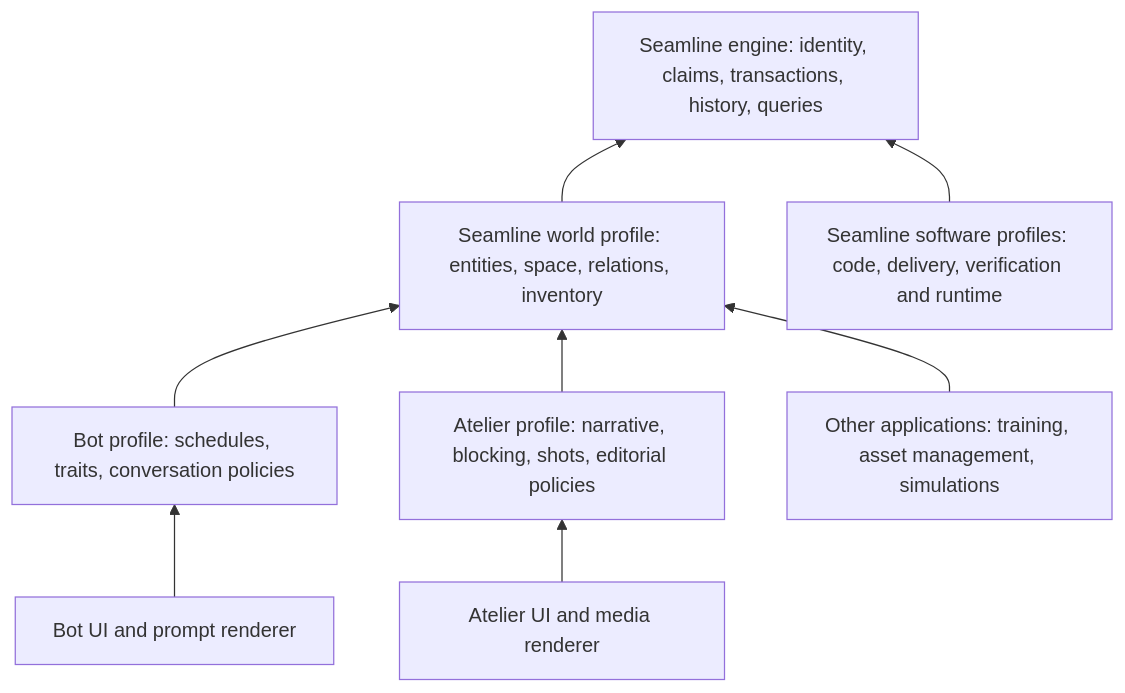
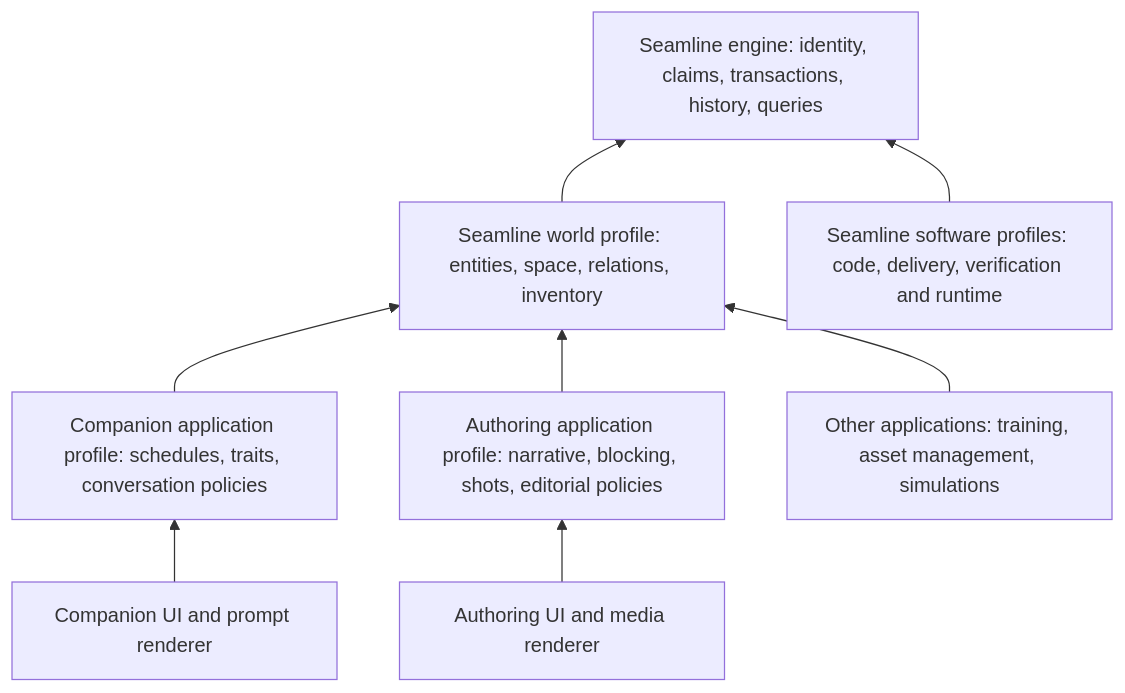
The diagram in docs/design/atelier-composition/design.md (zylver-solutions/seamline), drawn with Mermaid before and after one commit. The commit also changed other lines of this file and 124 other files, not shown here.

````diff
--- a/docs/design/atelier-composition/design.md
+++ b/docs/design/atelier-composition/design.md
@@ -13,18 +13,18 @@
 ```mermaid
 flowchart BT
   E[Seamline engine: identity, claims, transactions, history, queries]
   W[Seamline world profile: entities, space, relations, inventory]
   C[Seamline software profiles: code, delivery, verification and runtime]
-  B[Bot profile: schedules, traits, conversation policies]
-  A[Atelier profile: narrative, blocking, shots, editorial policies]
+  B[Companion application profile: schedules, traits, conversation policies]
+  A[Authoring application profile: narrative, blocking, shots, editorial policies]
   U[Other applications: training, asset management, simulations]
-  BP[Bot UI and prompt renderer]
-  AP[Atelier UI and media renderer]
+  BP[Companion UI and prompt renderer]
+  AP[Authoring UI and media renderer]
   W --> E
   C --> E
   B --> W
   A --> W
   U --> W
   BP --> B
   AP --> A
 ```
````
